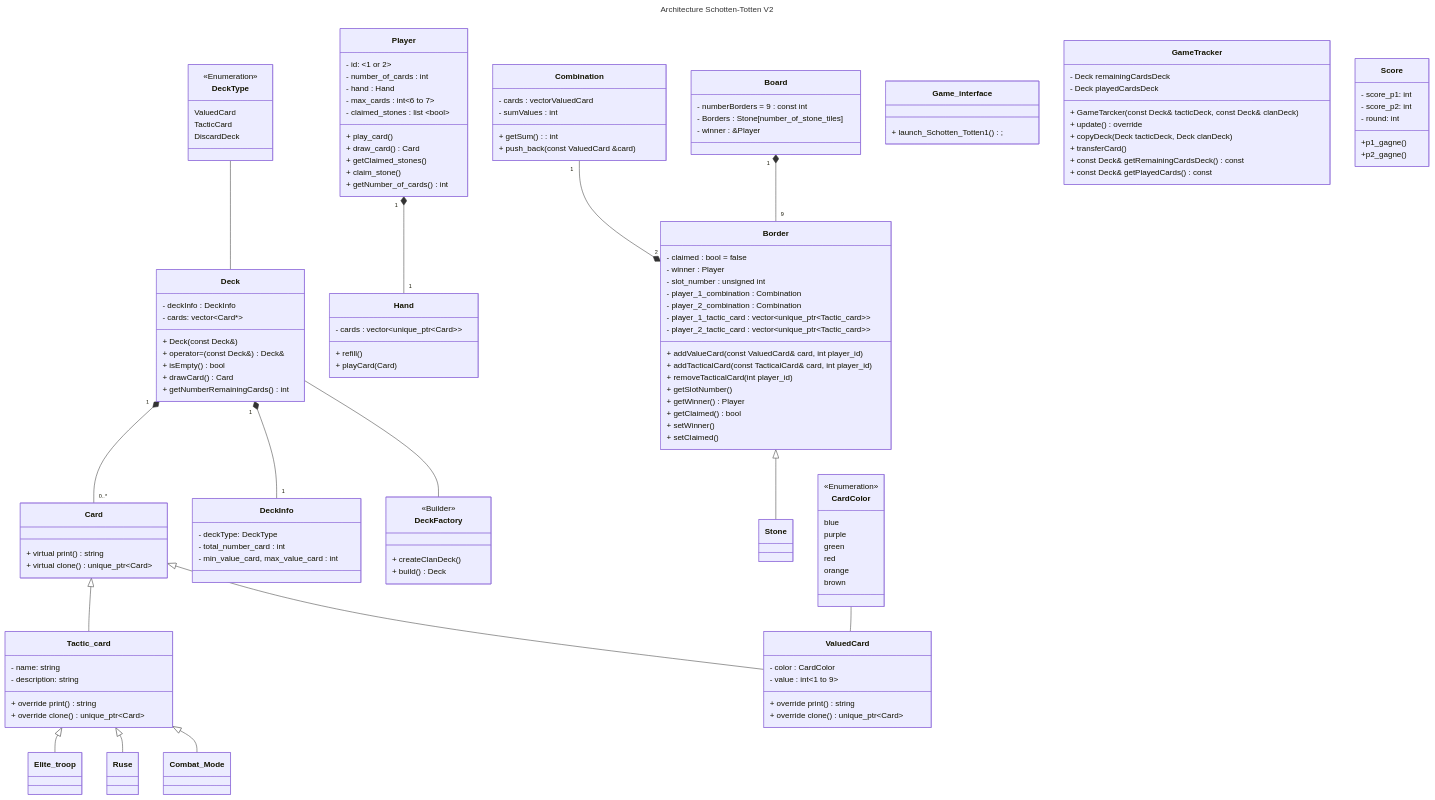
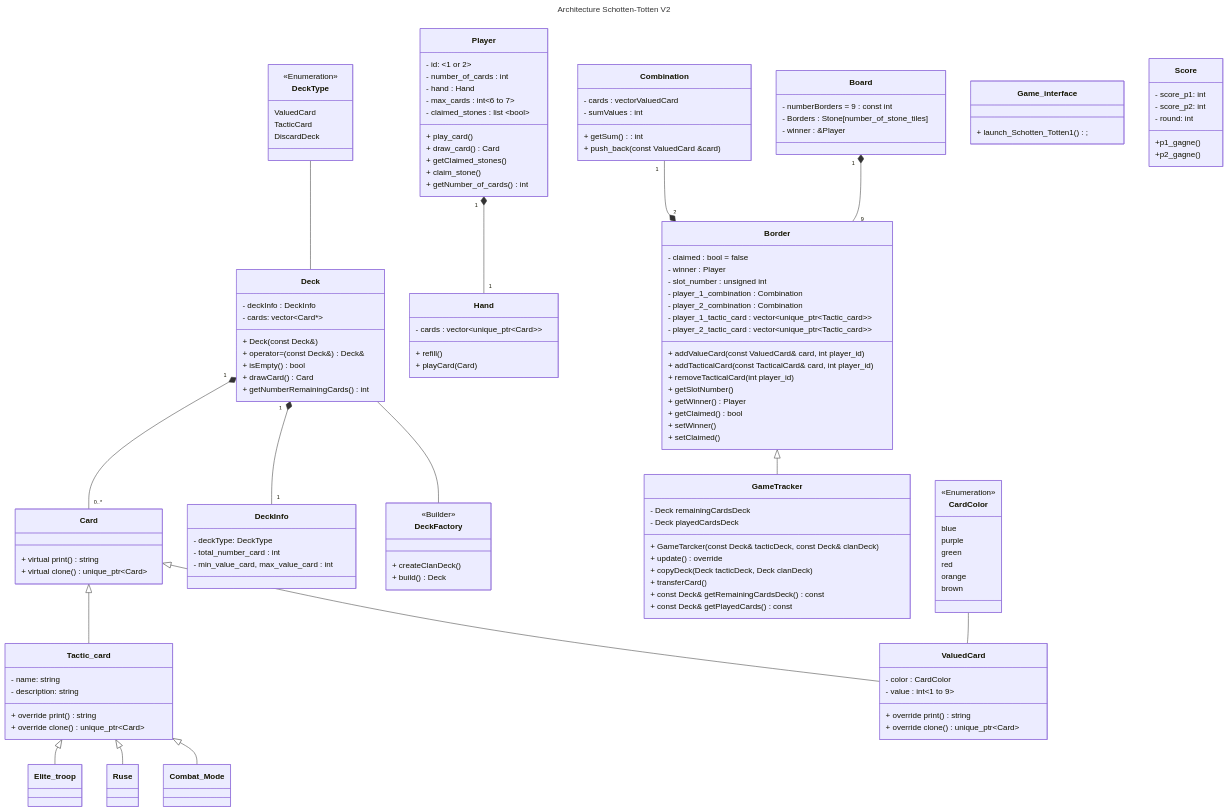
One commit to kilaposhi/Schotten-Totten changed the first of 2 diagrams in documentation/UML_v2.md. Above: the diagram before and after it, drawn with Mermaid.

```diff
--- a/documentation/UML_v2.md
+++ b/documentation/UML_v2.md
@@ -20,7 +20,7 @@
     Player "1"*--"1" Hand
     Combination "1" --* "2" Border
     Board "1" *-- "9" Border
-    Border <|-- Stone
+    Border <|-- GameTracker
     Tactic_card <|-- Elite_troop
     Tactic_card <|-- Ruse
     Tactic_card <|-- Combat_Mode
```
